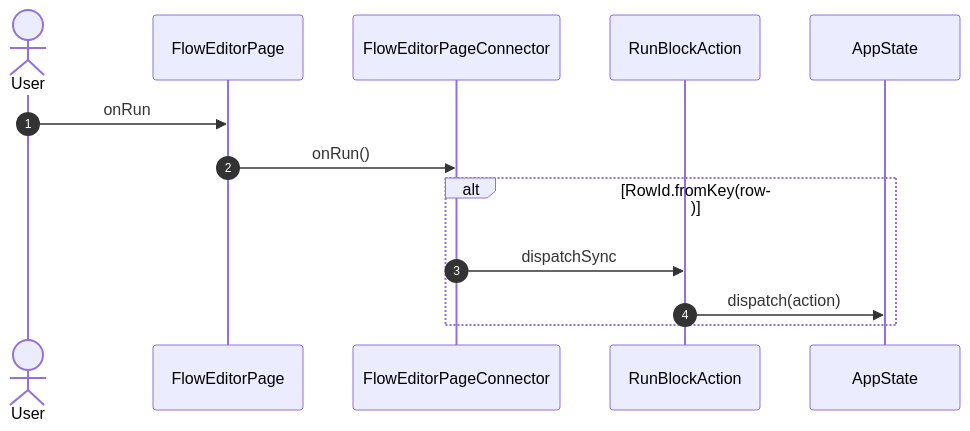
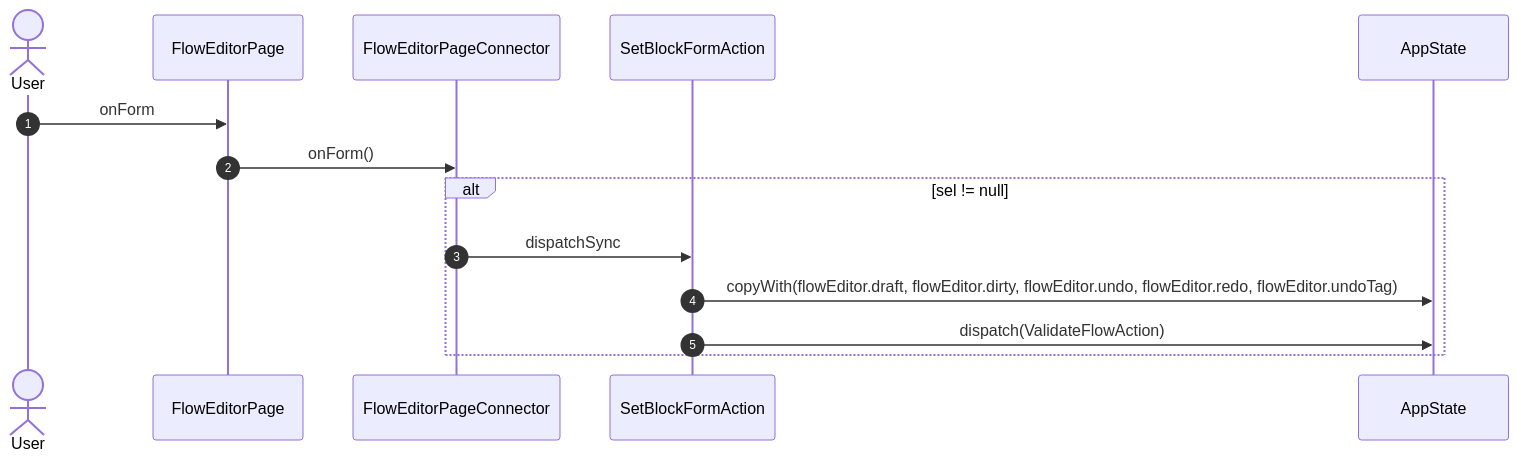
Before and after one commit to gencto/wyrm: the eighth of 31 diagrams in studio/docs/flows/flowEditor.md, drawn with Mermaid. The commit also changed other lines of this file and 28 other files, not shown here.

````diff
--- a/studio/docs/flows/flowEditor.md
+++ b/studio/docs/flows/flowEditor.md
@@ -169,16 +133,17 @@
 ```mermaid
 sequenceDiagram
     autonumber
     actor User
     participant UI as FlowEditorPage
     participant VM as FlowEditorPageConnector
-    participant A1 as RunBlockAction
+    participant A1 as SetBlockFormAction
     participant ST as AppState
 
-    User->>UI: onRun
-    UI->>VM: onRun()
-    alt RowId.fromKey(row)
+    User->>UI: onForm
+    UI->>VM: onForm()
+    alt sel != null
         VM->>A1: dispatchSync
-        A1->>ST: dispatch(action)
+        A1->>ST: copyWith(flowEditor.draft, flowEditor.dirty, flowEditor.undo, flowEditor.redo, flowEditor.undoTag)
+        A1->>ST: dispatch(ValidateFlowAction)
     end
 ```
````
